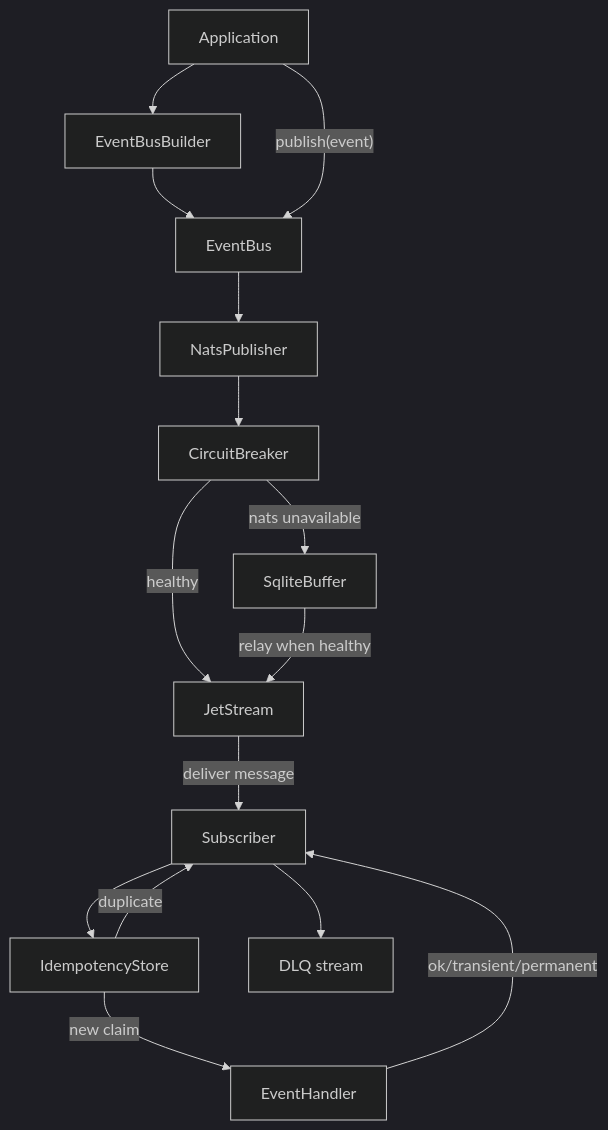
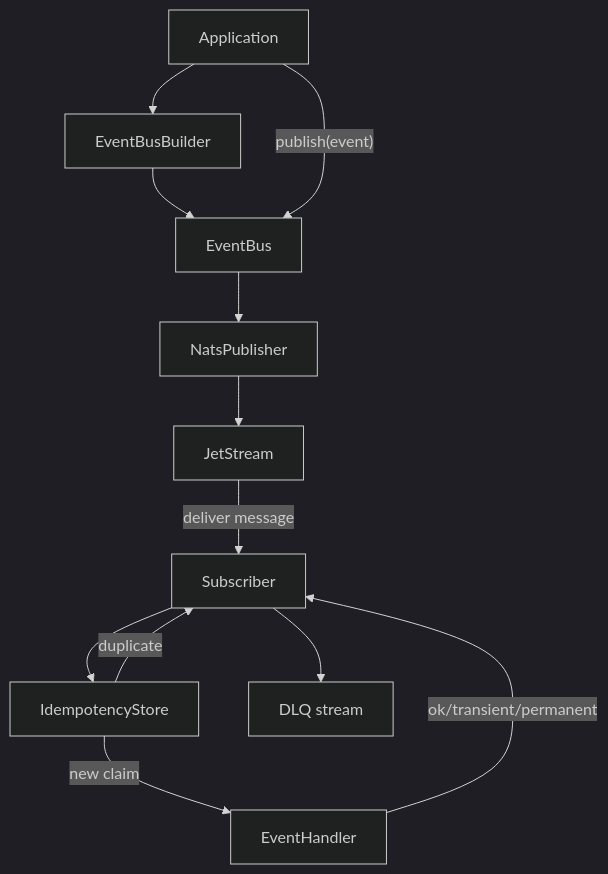
The third of 3 diagrams in docs/diagrams/system-diagrams.md (scriptkid23/eventbus-rs), drawn with Mermaid (dark theme) before and after one commit. The commit also changed other lines of this file and 24 other files, not shown here.

First line of the commit message:
feat(bus-nats): v0.1.1 production readiness (KV config, Redis inbox, DLQ auto-create, connect options)

````diff
--- a/docs/diagrams/system-diagrams.md
+++ b/docs/diagrams/system-diagrams.md
@@ -39,28 +37,23 @@
 ```mermaid
 flowchart TD
     app[Application]
     builder[EventBusBuilder]
     bus[EventBus]
     publisher[NatsPublisher]
-    cb[CircuitBreaker]
     js[JetStream]
-    sqlite[SqliteBuffer]
     sub[Subscriber]
     idem[IdempotencyStore]
     handler[EventHandler]
     dlq[DLQ stream]
 
     app --> builder --> bus
     app -->|"publish(event)"| bus
-    bus --> publisher --> cb
-    cb -->|"healthy"| js
-    cb -->|"nats unavailable"| sqlite
-    sqlite -->|"relay when healthy"| js
+    bus --> publisher --> js
 
     js -->|"deliver message"| sub
     sub --> idem
     idem -->|"new claim"| handler
     idem -->|"duplicate"| sub
     handler -->|"ok/transient/permanent"| sub
     sub --> dlq
 ```
````
